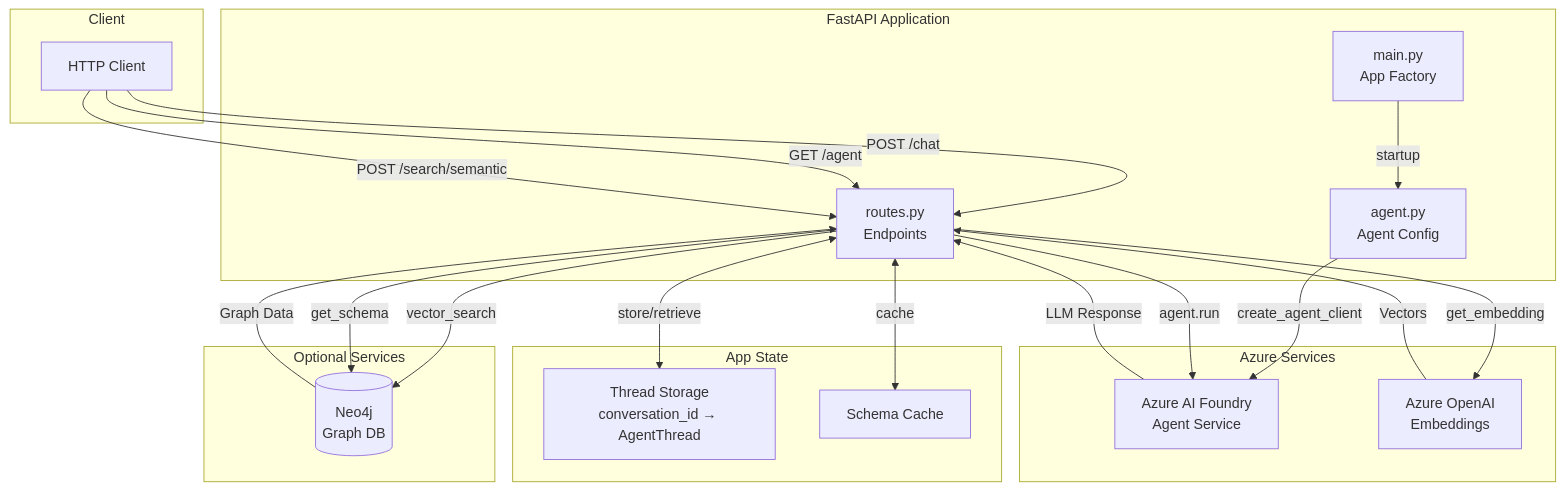
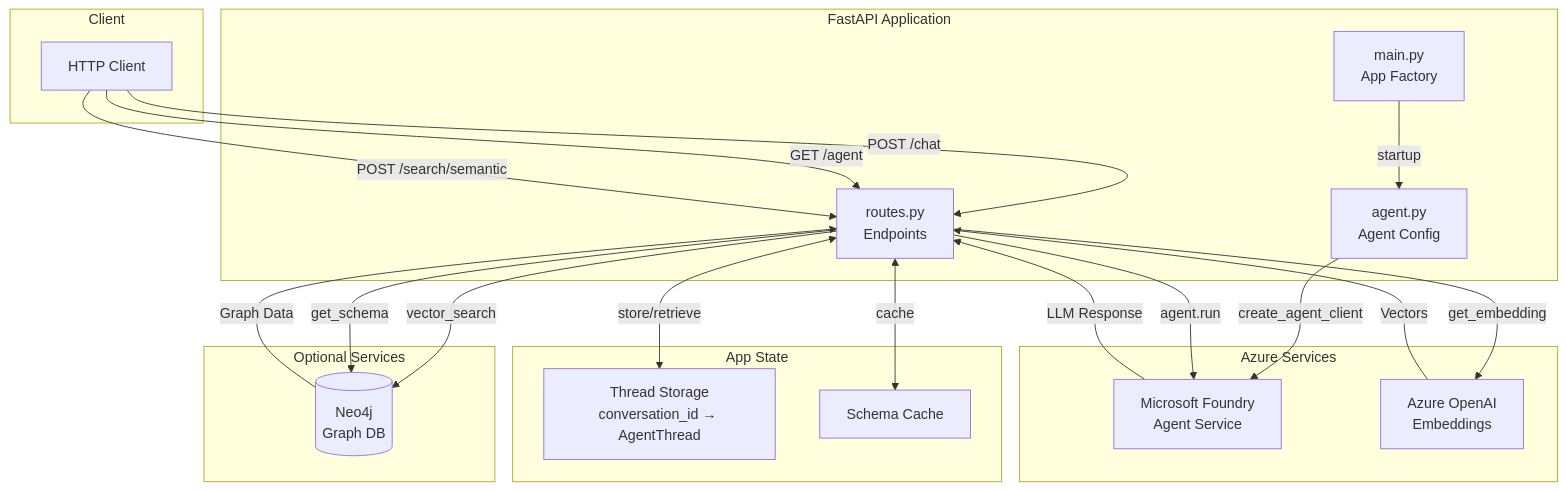
One commit to neo4j-partners/neo4j-azure-workshop changed the second of 3 diagrams in docs/INFRA_ARCHITECTURE.md. Above: the diagram before and after it, drawn with Mermaid. The commit also changed other lines of this file and 36 other files, not shown here.

````diff
--- a/docs/INFRA_ARCHITECTURE.md
+++ b/docs/INFRA_ARCHITECTURE.md
@@ -222,45 +222,45 @@
 ```mermaid
 flowchart TB
     subgraph Client
         C[HTTP Client]
     end
 
     subgraph FastAPI["FastAPI Application"]
         M[main.py<br/>App Factory]
         R[routes.py<br/>Endpoints]
         AG[agent.py<br/>Agent Config]
     end
 
     subgraph Azure["Azure Services"]
-        AIF[Azure AI Foundry<br/>Agent Service]
+        AIF[Microsoft Foundry<br/>Agent Service]
         AOA[Azure OpenAI<br/>Embeddings]
     end
 
     subgraph Optional["Optional Services"]
         N4J[(Neo4j<br/>Graph DB)]
     end
 
     subgraph State["App State"]
         TH[Thread Storage<br/>conversation_id → AgentThread]
         SC[Schema Cache]
     end
 
     C -->|POST /chat| R
     C -->|GET /agent| R
     C -->|POST /search/semantic| R
 
     M -->|startup| AG
     AG -->|create_agent_client| AIF
 
     R -->|agent.run| AIF
     R -->|get_embedding| AOA
     R -->|vector_search| N4J
     R -->|get_schema| N4J
 
     R <-->|store/retrieve| TH
     R <-->|cache| SC
 
     AIF -->|LLM Response| R
     N4J -->|Graph Data| R
     AOA -->|Vectors| R
 ```
````
